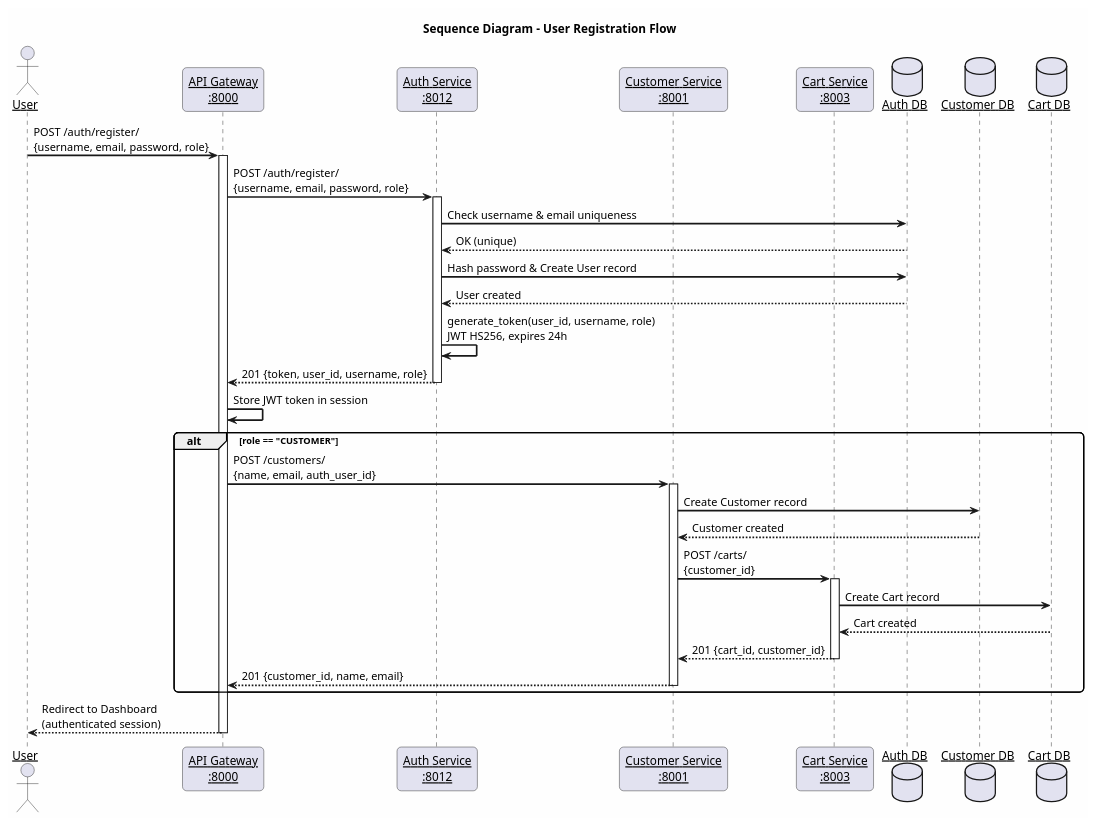
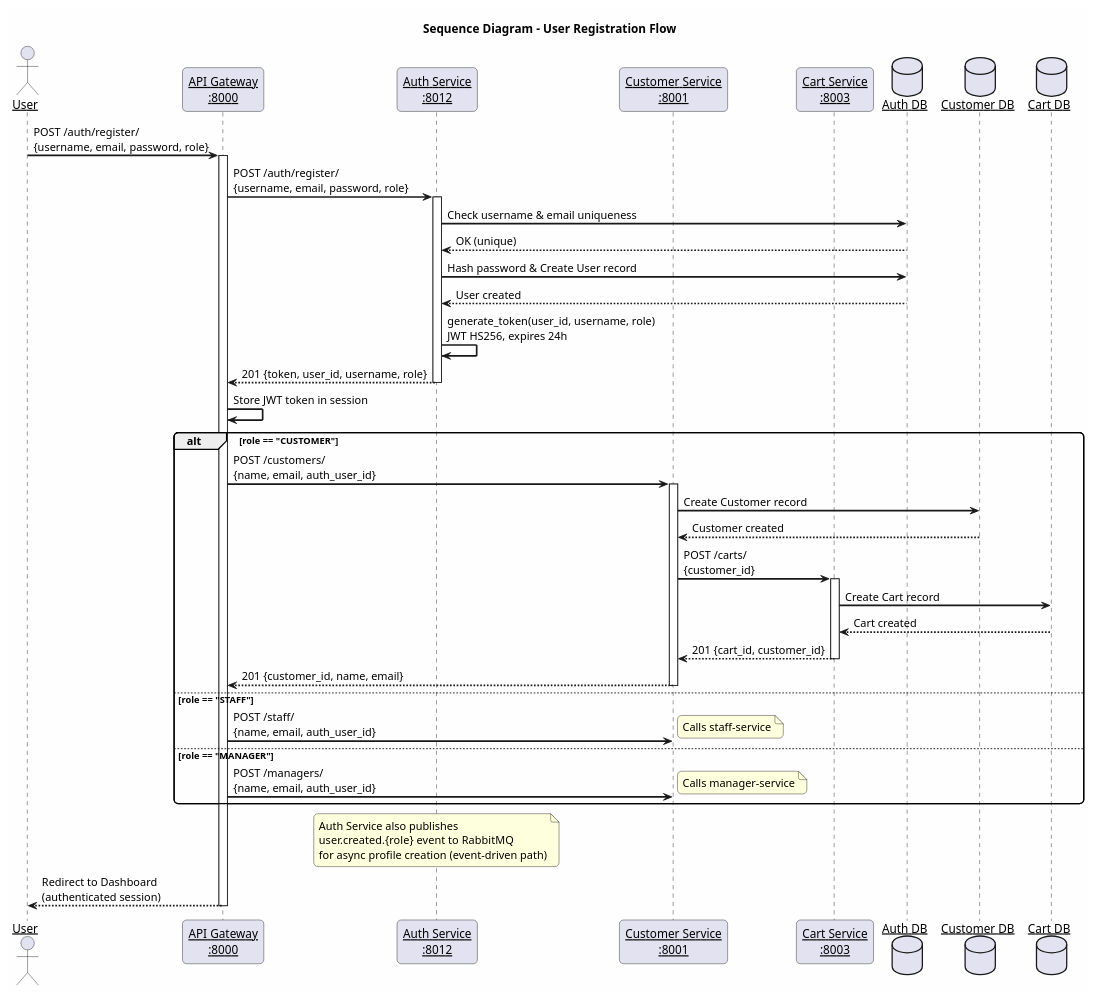
One commit to SonLamHG/Book-microservice changed the first of 13 diagrams in docs/sequence-diagrams.puml. Above: the diagram before and after it, drawn with PlantUML. The commit also changed other lines of this file and 32 other files, not shown here.

First line of the commit message:
feat: Implement event-driven architecture for user registration and order status updates

```diff
--- a/docs/sequence-diagrams.puml
+++ b/docs/sequence-diagrams.puml
@@ -1,57 +1,69 @@
 @startuml 01_User_Registration
 title Sequence Diagram - User Registration Flow
 skinparam backgroundColor #FEFEFE
 skinparam sequenceArrowThickness 2
 skinparam roundcorner 10
 skinparam sequenceParticipant underline
 
 actor "User" as user
 participant "API Gateway\n:8000" as gw
 participant "Auth Service\n:8012" as auth
 participant "Customer Service\n:8001" as cust
 participant "Cart Service\n:8003" as cart
 database "Auth DB" as authdb
 database "Customer DB" as custdb
 database "Cart DB" as cartdb
 
 user -> gw : POST /auth/register/\n{username, email, password, role}
 activate gw
 
 gw -> auth : POST /auth/register/\n{username, email, password, role}
 activate auth
 
 auth -> authdb : Check username & email uniqueness
 authdb --> auth : OK (unique)
 
 auth -> authdb : Hash password & Create User record
 authdb --> auth : User created
 
 auth -> auth : generate_token(user_id, username, role)\nJWT HS256, expires 24h
 
 auth --> gw : 201 {token, user_id, username, role}
 deactivate auth
 
 gw -> gw : Store JWT token in session
 
 alt role == "CUSTOMER"
     gw -> cust : POST /customers/\n{name, email, auth_user_id}
     activate cust
 
     cust -> custdb : Create Customer record
     custdb --> cust : Customer created
 
     cust -> cart : POST /carts/\n{customer_id}
     activate cart
     cart -> cartdb : Create Cart record
     cartdb --> cart : Cart created
     cart --> cust : 201 {cart_id, customer_id}
     deactivate cart
 
     cust --> gw : 201 {customer_id, name, email}
     deactivate cust
+else role == "STAFF"
+    gw -> cust : POST /staff/\n{name, email, auth_user_id}
+    note right : Calls staff-service
+else role == "MANAGER"
+    gw -> cust : POST /managers/\n{name, email, auth_user_id}
+    note right : Calls manager-service
 end
+
+note over auth
+  Auth Service also publishes
+  user.created.{role} event to RabbitMQ
+  for async profile creation (event-driven path)
+end note
 
 gw --> user : Redirect to Dashboard\n(authenticated session)
 deactivate gw
 
 @enduml
```
